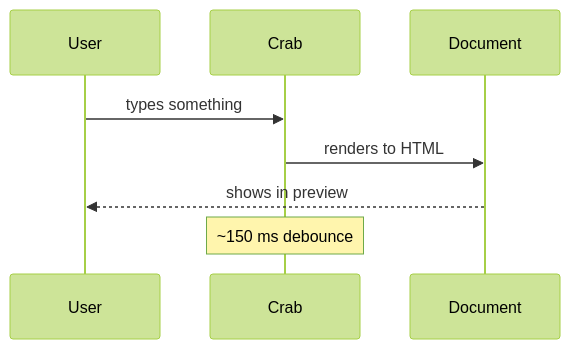
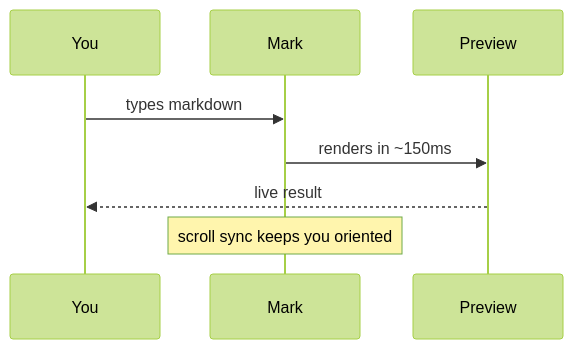
Before and after one commit to HoldMyBeer-gg/MarkTheCrab: the diagram in SHOWCASE.md, drawn with Mermaid (forest theme). The commit also changed other lines of this file, not shown here.

Commit message:
Rewrite SHOWCASE.md — Maxwell's equations, Mark mascot, feature checklist, mermaid

````diff
--- a/SHOWCASE.md
+++ b/SHOWCASE.md
@@ -60,10 +28,10 @@
 ```mermaid
 sequenceDiagram
-  participant U as User
-  participant C as Crab
-  participant D as Document
-  U->>C: types something
-  C->>D: renders to HTML
-  D-->>U: shows in preview
-  Note over C: ~150 ms debounce
+  participant You
+  participant Mark
+  participant Preview
+  You->>Mark: types markdown
+  Mark->>Preview: renders in ~150ms
+  Preview-->>You: live result
+  Note over Mark: scroll sync keeps you oriented
 ```
````
